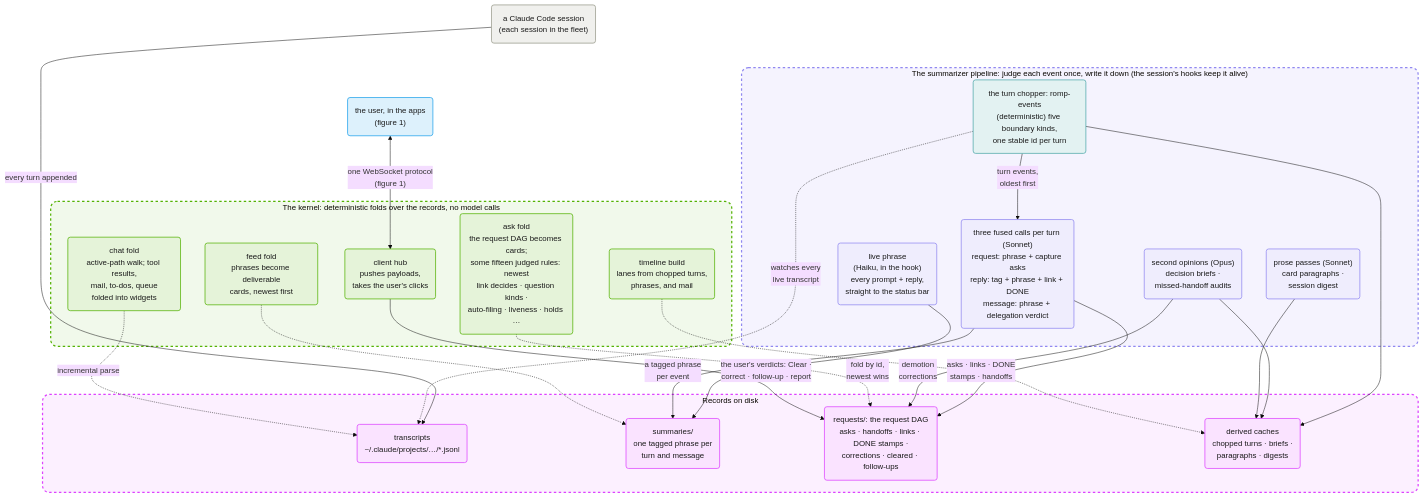
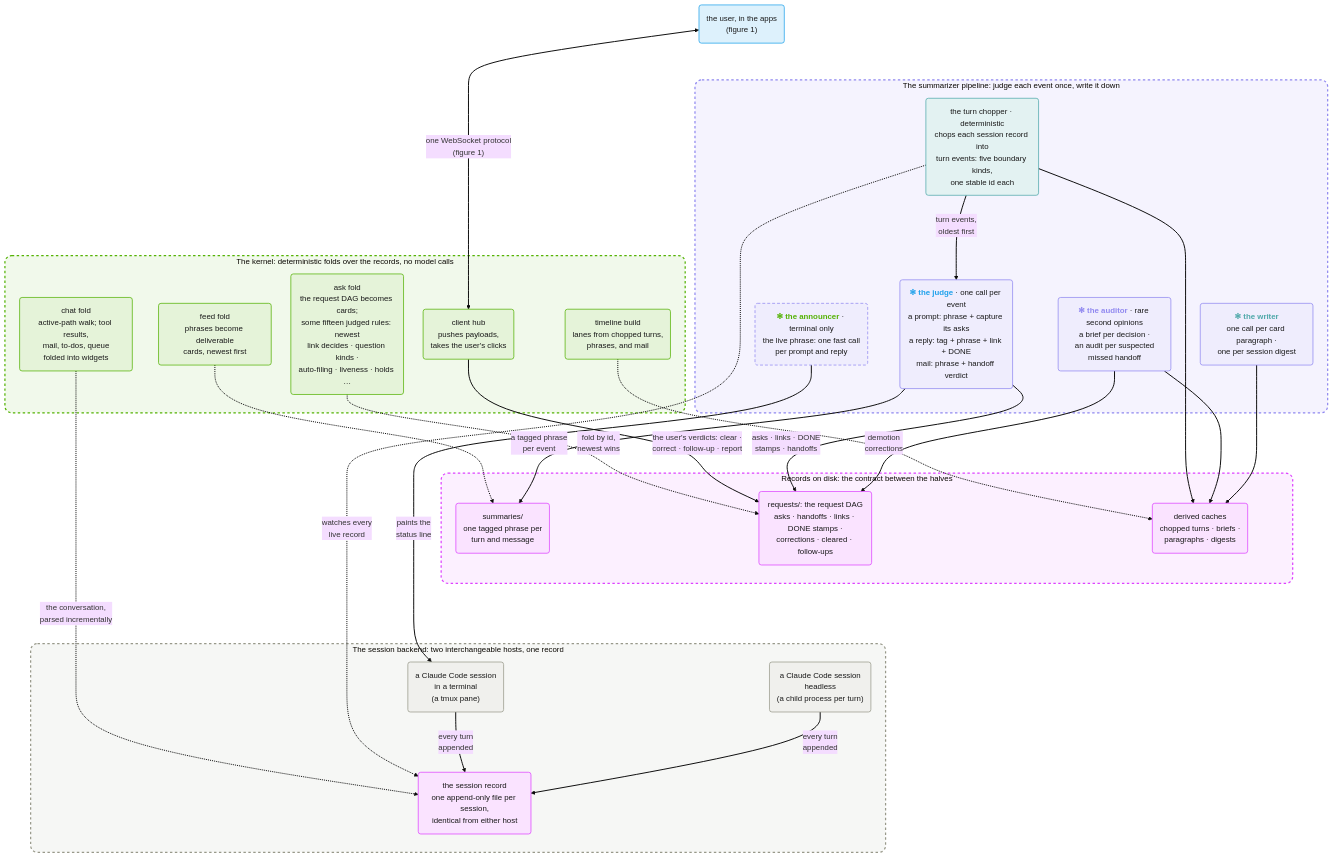
Before and after one commit to Chris-mian/romp: the second of 3 diagrams in docs/figures.md, drawn with Mermaid (base theme). The commit also changed other lines of this file and 74 other files, not shown here.

````diff
--- a/docs/figures.md
+++ b/docs/figures.md
@@ -126,7 +132,7 @@
 ```mermaid
+%%{init: {"flowchart": {"rankSpacing": 75, "nodeSpacing": 40}}}%%
 flowchart TB
   USER("the user, in the apps<br/>(figure 1)")
-  CC("a Claude Code session<br/>(each session in the fleet)")
 
   subgraph KERNEL["The kernel: deterministic folds over the records, no model calls"]
     HUB("client hub<br/>pushes payloads,<br/>takes the user's clicks")
@@ -136,59 +142,75 @@
     TL("timeline build<br/>lanes from chopped turns,<br/>phrases, and mail")
   end
 
-  subgraph PIPE["The summarizer pipeline: judge each event once, write it down (the session's hooks keep it alive)"]
-    CHOP("the turn chopper: romp-events<br/>(deterministic) five boundary kinds,<br/>one stable id per turn")
-    CALLS("three fused calls per turn (Sonnet)<br/>request: phrase + capture asks<br/>reply: tag + phrase + link + DONE<br/>message: phrase + delegation verdict")
-    LIVE("live phrase<br/>(Haiku, in the hook)<br/>every prompt + reply,<br/>straight to the status bar")
-    JURY("second opinions (Opus)<br/>decision briefs ·<br/>missed-handoff audits")
-    PROSE("prose passes (Sonnet)<br/>card paragraphs ·<br/>session digest")
+  subgraph PIPE["The summarizer pipeline: judge each event once, write it down"]
+    CHOP("the turn chopper · deterministic<br/>chops each session record into<br/>turn events: five boundary kinds,<br/>one stable id each")
+    CALLS("<font color='#1EA1EB'><b>✻ the judge</b></font> · one call per event<br/>a prompt: phrase + capture its asks<br/>a reply: tag + phrase + link + DONE<br/>mail: phrase + handoff verdict")
+    LIVE("<font color='#54B204'><b>✻ the announcer</b></font> · terminal only<br/>the live phrase: one fast call<br/>per prompt and reply")
+    JURY("<font color='#9088F0'><b>✻ the auditor</b></font> · rare second opinions<br/>a brief per decision ·<br/>an audit per suspected<br/>missed handoff")
+    PROSE("<font color='#4EA8A9'><b>✻ the writer</b></font><br/>one call per card paragraph ·<br/>one per session digest")
   end
 
-  subgraph REC["Records on disk"]
-    TR("transcripts<br/>~/.claude/projects/…/*.jsonl")
+  subgraph REC["Records on disk: the contract between the halves"]
     SUM("summaries/<br/>one tagged phrase per<br/>turn and message")
     DAG("requests/: the request DAG<br/>asks · handoffs · links · DONE stamps ·<br/>corrections · cleared · follow-ups")
     DER("derived caches<br/>chopped turns · briefs ·<br/>paragraphs · digests")
   end
 
+  subgraph BACK["The session backend: two interchangeable hosts, one record"]
+    TMUX("a Claude Code session<br/>in a terminal<br/>(a tmux pane)")
+    HEAD("a Claude Code session<br/>headless<br/>(a child process per turn)")
+    TR("the session record<br/>one append-only file per session,<br/>identical from either host")
+  end
+
   %% top tier
   USER <-->|"one WebSocket protocol<br/>(figure 1)"| HUB
-  CC -->|"every turn appended"| TR
 
-  %% pipeline: chop, judge, write
-  CHOP -.->|"watches every<br/>live transcript"| TR
+  %% kernel reads (dotted = reads only)
+  CHAT -.->|"the conversation,<br/>parsed incrementally"| TR
+  FEED -.-> SUM
+  ASK -.->|"fold by id,<br/>newest wins"| DAG
+  TL -.-> DER
+  HUB -->|"the user's verdicts: clear ·<br/>correct · follow-up · report"| DAG
+
+  %% the pipeline: chop, judge, write
+  CHOP -.->|"watches every<br/>live record"| TR
   CHOP -->|"turn events,<br/>oldest first"| CALLS
   CHOP --> DER
-  LIVE --> SUM
+  LIVE -->|"paints the<br/>status line"| TMUX
   CALLS -->|"a tagged phrase<br/>per event"| SUM
   CALLS -->|"asks · links · DONE<br/>stamps · handoffs"| DAG
   JURY -->|"demotion<br/>corrections"| DAG
   JURY --> DER
   PROSE --> DER
 
-  %% kernel reads (dotted = reads only)
-  CHAT -.->|"incremental parse"| TR
-  FEED -.-> SUM
-  ASK -.->|"fold by id,<br/>newest wins"| DAG
-  TL -.-> DER
-  HUB -->|"the user's verdicts: Clear ·<br/>correct · follow-up · report"| DAG
+  %% the backend: either host, same record
+  TMUX -->|"every turn<br/>appended"| TR
+  HEAD -->|"every turn<br/>appended"| TR
 
   %% pin tiers
-  CC ~~~ CHOP
+  USER ~~~ CHOP
+  DAG ~~~ TMUX
+  DAG ~~~ HEAD
+
+  linkStyle default stroke-width:2px
 
   classDef app fill:#DDF1FC,stroke:#1EA1EB,stroke-width:1.5px,color:#1a1a1a
   classDef kern fill:#E5F3D9,stroke:#54B204,stroke-width:1.5px,color:#1a1a1a
   classDef sess fill:#F0F0ED,stroke:#98998A,stroke-width:1.5px,color:#1a1a1a
   classDef rec fill:#FAE3FF,stroke:#DD42FF,stroke-width:1.5px,color:#1a1a1a
   classDef llm fill:#EFEDFD,stroke:#9088F0,stroke-width:1.5px,color:#1a1a1a
+  classDef llmTerm fill:#EFEDFD,stroke:#9088F0,stroke-width:1.5px,stroke-dasharray:6 4,color:#1a1a1a
   classDef det fill:#E3F2F2,stroke:#4EA8A9,stroke-width:1.5px,color:#1a1a1a
   class USER app
-  class CC sess
   class HUB,CHAT,FEED,ASK,TL kern
   class CHOP det
-  class CALLS,LIVE,JURY,PROSE llm
-  class TR,SUM,DAG,DER rec
+  class CALLS,JURY,PROSE llm
+  class LIVE llmTerm
+  class SUM,DAG,DER rec
+  class TMUX,HEAD sess
+  class TR rec
   style KERNEL fill:#F1F9EB,stroke:#54B204,stroke-width:2.5px,stroke-dasharray:5 5,rx:14px,ry:14px
   style PIPE fill:#F5F3FE,stroke:#9088F0,stroke-width:2.5px,stroke-dasharray:5 5,rx:14px,ry:14px
   style REC fill:#FCF0FF,stroke:#DD42FF,stroke-width:2.5px,stroke-dasharray:5 5,rx:14px,ry:14px
+  style BACK fill:#F6F7F5,stroke:#98998A,stroke-width:2.5px,stroke-dasharray:5 5,rx:14px,ry:14px
 ```
````
